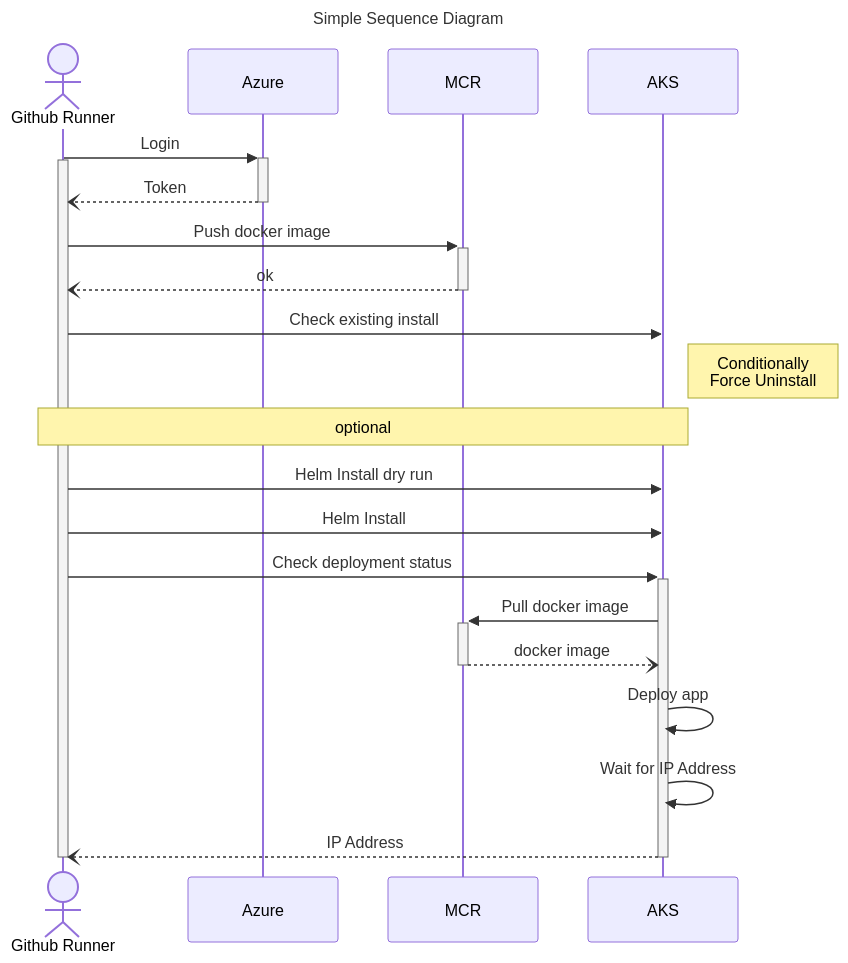
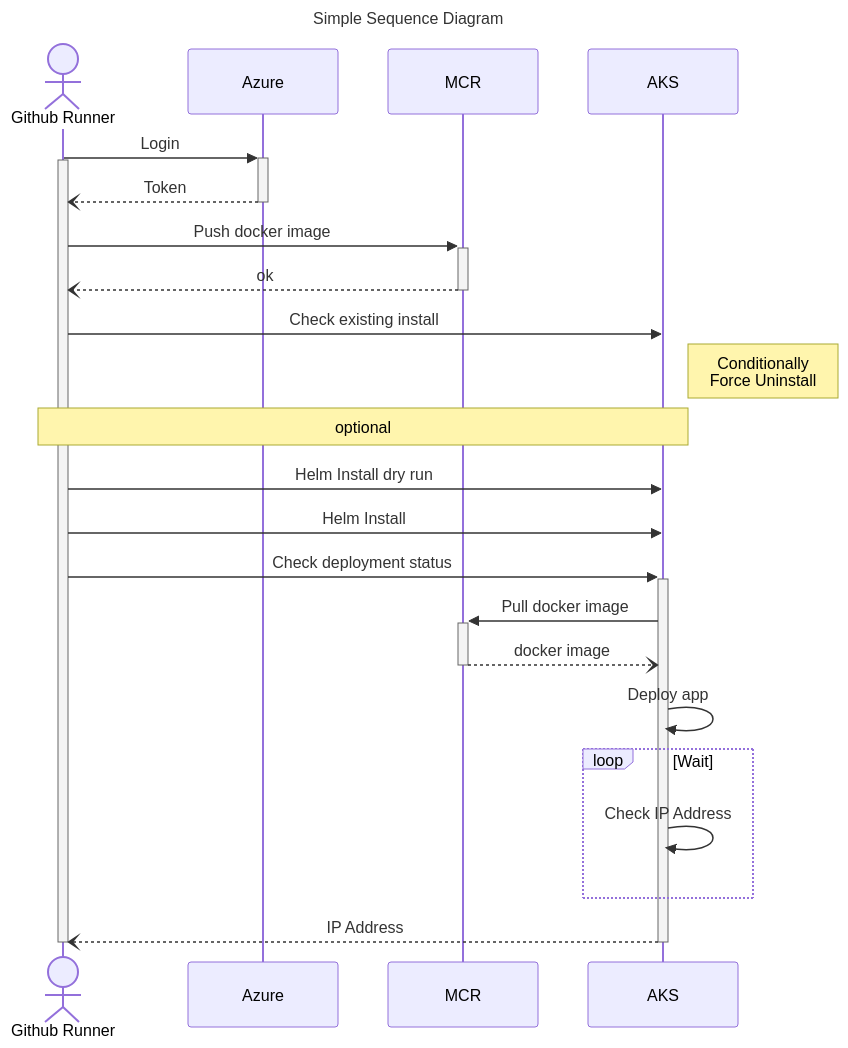
The diagram in outputs/sequence_diagram.mmd (cuongnb14/mermaid-builder), drawn with Mermaid before and after one commit. The commit also changed 4 other files, not shown here.

```diff
--- a/outputs/sequence_diagram.mmd
+++ b/outputs/sequence_diagram.mmd
@@ -1,26 +1,28 @@
 ---
 title: Simple Sequence Diagram
 ---
 %%{init: {"theme": "light", "themeVariables": {"fontFamily": "Monospace"}}}%%
 sequenceDiagram
   actor Github Runner
   participant Azure
   participant MCR
   participant AKS
   Github Runner->>+Azure:Login
   activate Github Runner
   Azure--)-Github Runner:Token
   Github Runner->>+MCR:Push docker image
   MCR--)-Github Runner:ok
   Github Runner->>AKS:Check existing install
   Note right of AKS: Conditionally<br/>Force Uninstall
   Note over Github Runner, AKS: optional
   Github Runner->>AKS:Helm Install dry run
   Github Runner->>AKS:Helm Install
   Github Runner->>+AKS:Check deployment status
   AKS->>+MCR:Pull docker image
   MCR--)-AKS:docker image
   AKS->>AKS:Deploy app
-  AKS->>AKS:Wait for IP Address
+  loop Wait
+  AKS->>AKS:Check IP Address
+  end
   AKS--)-Github Runner:IP Address
   deactivate Github Runner
```
